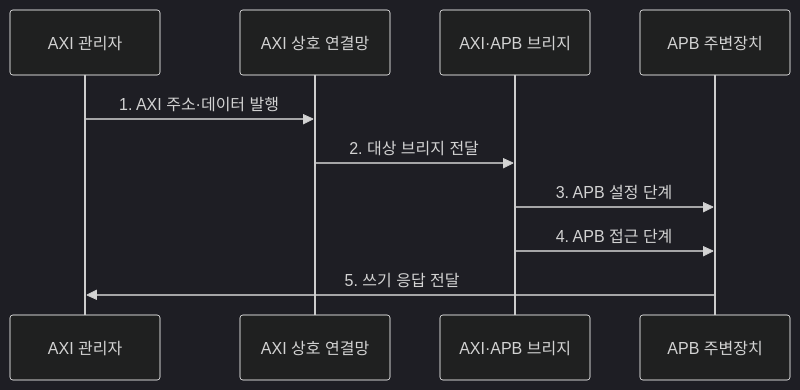
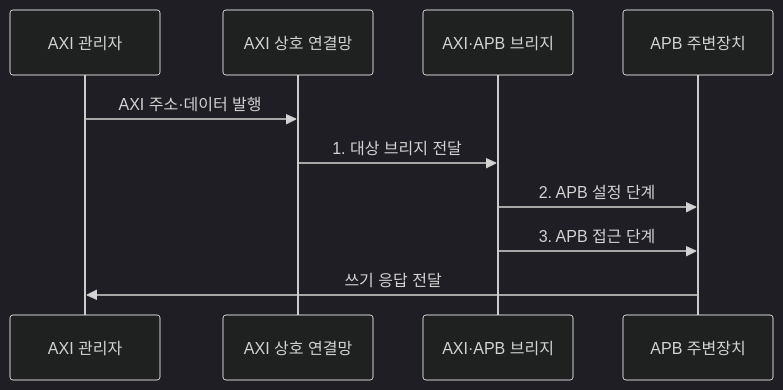
One commit to agnusdei1207/knowledge-base changed the second of 2 diagrams in src/content/docs/notes/02-hardware/078_amba_bus_protocol.md. Above: the diagram before and after it, drawn with Mermaid (dark theme). The commit also changed other lines of this file and 19 other files, not shown here.

````diff
--- a/src/content/docs/notes/02-hardware/078_amba_bus_protocol.md
+++ b/src/content/docs/notes/02-hardware/078_amba_bus_protocol.md
@@ -88,13 +91,13 @@
 ```mermaid
 sequenceDiagram
     participant M as AXI 관리자
     participant I as AXI 상호 연결망
     participant B as AXI·APB 브리지
     participant P as APB 주변장치
 
-    M->>I: 1. AXI 주소·데이터 발행
-    I->>B: 2. 대상 브리지 전달
-    B->>P: 3. APB 설정 단계
-    B->>P: 4. APB 접근 단계
-    P->>M: 5. 쓰기 응답 전달
+    M->>I: AXI 주소·데이터 발행
+    I->>B: 1. 대상 브리지 전달
+    B->>P: 2. APB 설정 단계
+    B->>P: 3. APB 접근 단계
+    P->>M: 쓰기 응답 전달
 ```
````
